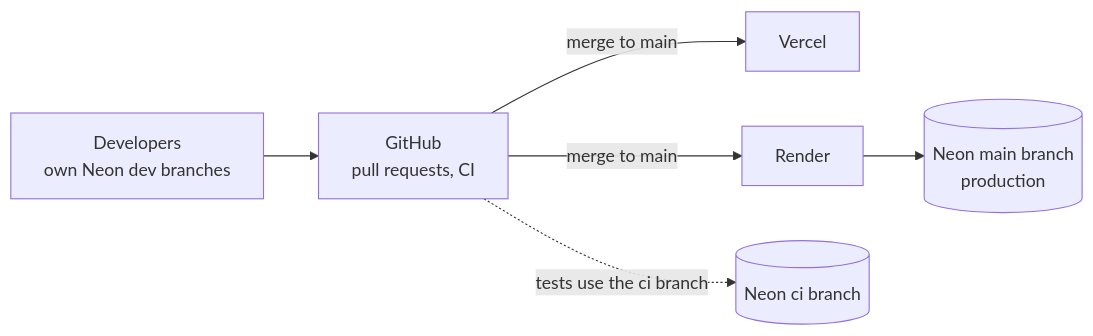
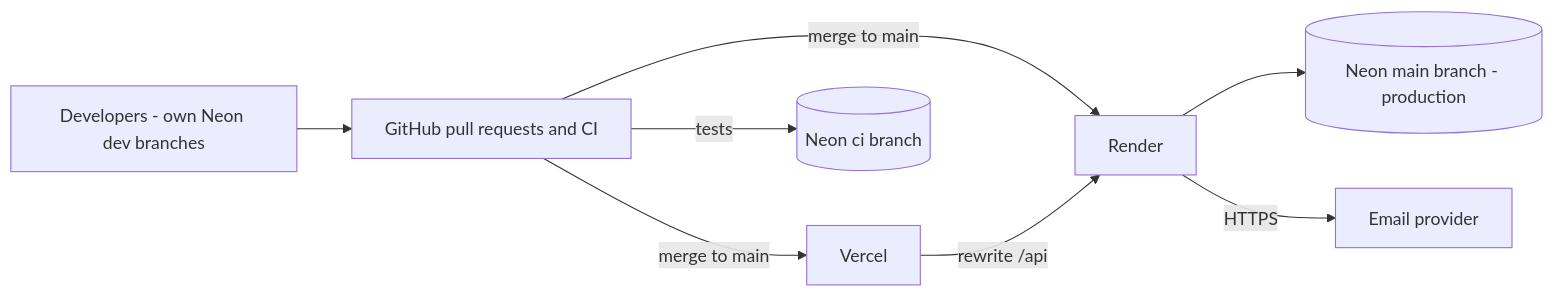
Before and after one commit to syncspace-app/syncspace: the seventh of 7 diagrams in docs/architecture-hld.md, drawn with Mermaid. The commit also changed other lines of this file and 2 other files, not shown here.

````diff
--- a/docs/architecture-hld.md
+++ b/docs/architecture-hld.md
@@ -352,8 +347,10 @@
 ```mermaid
 flowchart LR
-  DEV["Developers<br/>own Neon dev branches"] --> GH["GitHub<br/>pull requests, CI"]
-  GH -->|"merge to main"| VC["Vercel"]
-  GH -->|"merge to main"| RD["Render"]
-  GH -.->|"tests use the ci branch"| NCI[("Neon ci branch")]
-  RD --> NMAIN[("Neon main branch<br/>production")]
+  DEV[Developers - own Neon dev branches] --> GH[GitHub pull requests and CI]
+  GH -->|merge to main| VC[Vercel]
+  GH -->|merge to main| RD[Render]
+  GH -->|tests| CIB[(Neon ci branch)]
+  VC -->|rewrite /api| RD
+  RD --> PROD[(Neon main branch - production)]
+  RD -->|HTTPS| EMP[Email provider]
 ```
````
